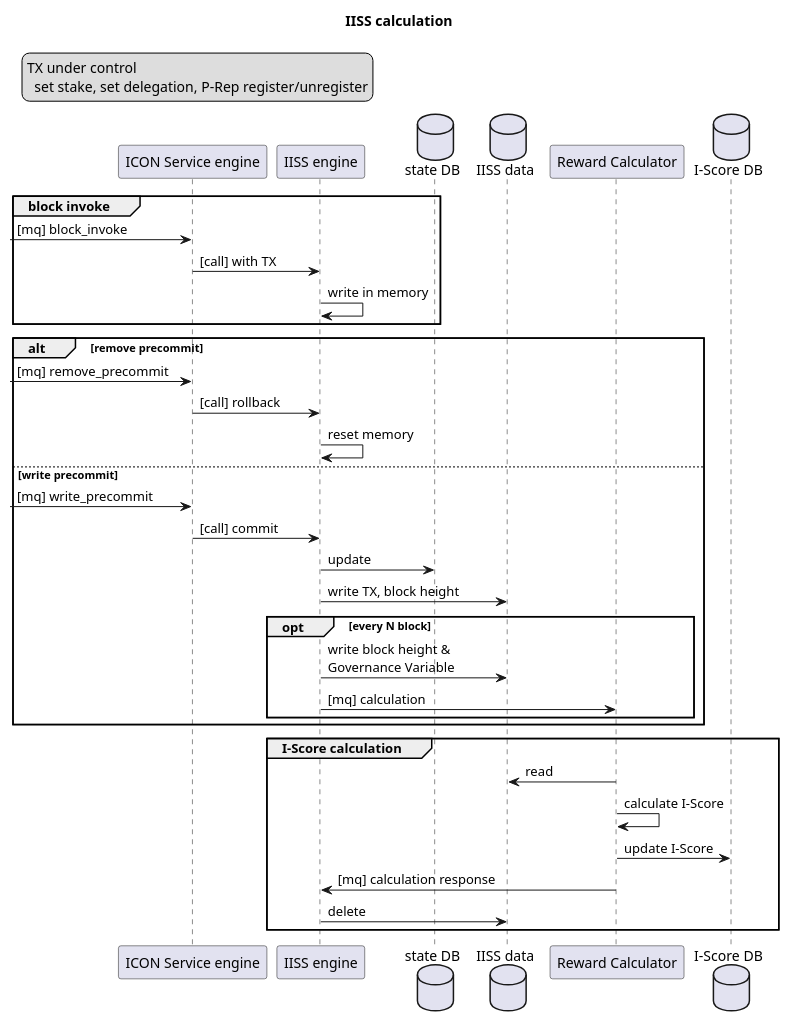
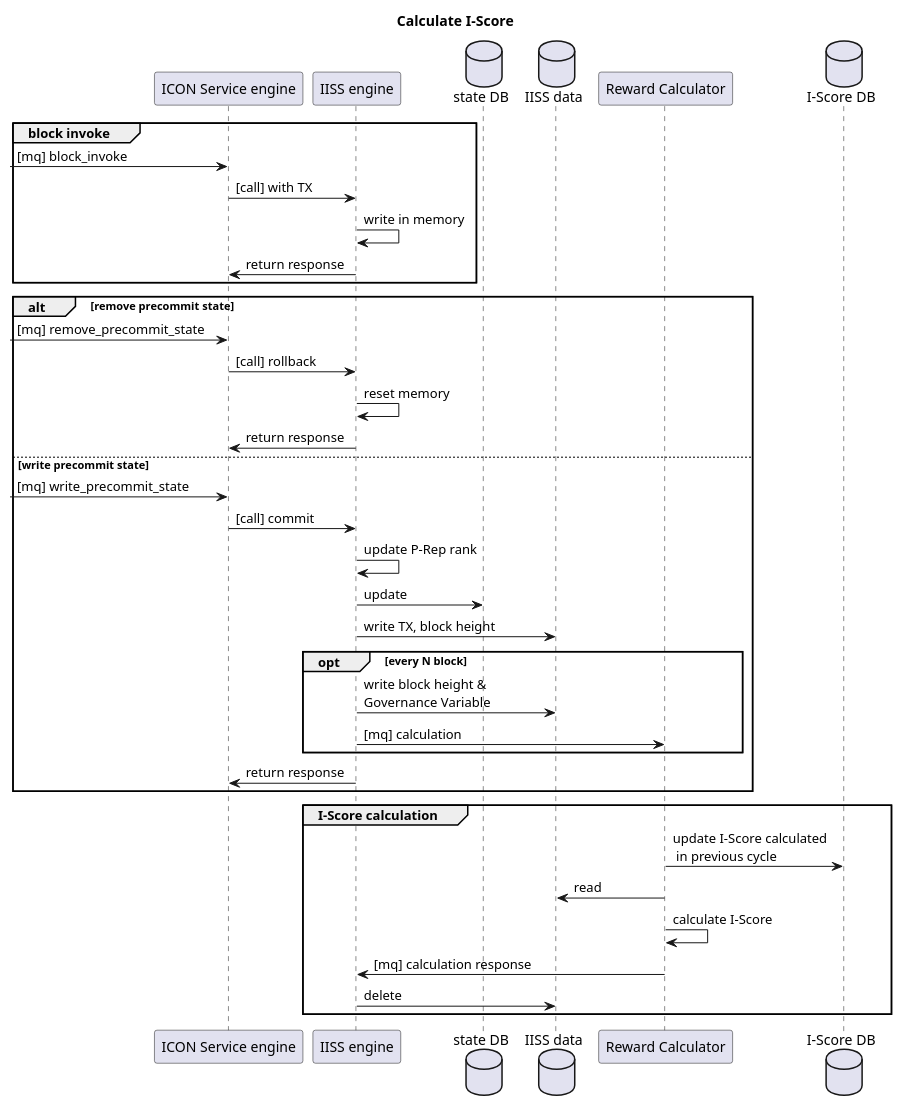
The diagram in docs/plantuml/iiss/iiss_calculation.wsd (stjordanis/icon-service), drawn with PlantUML before and after one commit. The commit also changed 1 other file, not shown here.

Commit message:
Update IISS sequence diagram

```diff
--- a/docs/plantuml/iiss/iiss_calculation.wsd
+++ b/docs/plantuml/iiss/iiss_calculation.wsd
@@ -1,52 +1,52 @@
 @startuml
-title IISS calculation
-
-legend top left
-TX under control
-  set stake, set delegation, P-Rep register/unregister
-end legend
+title Calculate I-Score
 
 participant "ICON Service engine" as IS
 participant "IISS engine" as IISS
 database "state DB" as SDB
 database "IISS data" as ID
 participant "Reward Calculator" as RC
 database "I-Score DB" as ISDB
 
 group block invoke
 -> IS: [mq] block_invoke
 IS -> IISS: [call] with TX
 IISS -> IISS: write in memory
+IISS -> IS: return response
 end
 
-alt remove precommit
+alt remove precommit state
 
--> IS: [mq] remove_precommit
+-> IS: [mq] remove_precommit_state
 IS -> IISS: [call] rollback
 IISS -> IISS: reset memory
+IISS -> IS: return response
 
-else write precommit
+else write precommit state
 
--> IS: [mq] write_precommit
+-> IS: [mq] write_precommit_state
 IS -> IISS: [call] commit
+IISS -> IISS: update P-Rep rank
 IISS -> SDB: update
 IISS -> ID: write TX, block height
 
 opt every N block
 IISS -> ID: write block height &\nGovernance Variable
 IISS -> RC: [mq] calculation
 end alt every N block
 
+IISS -> IS: return response
+
 end group write precommit
 
 group I-Score calculation
 
+RC -> ISDB: update I-Score calculated\n in previous cycle
 RC -> ID: read
 RC -> RC: calculate I-Score
-RC -> ISDB: update I-Score
 RC -> IISS: [mq] calculation response
 IISS -> ID: delete
 
 
 end group
 @enduml
```
